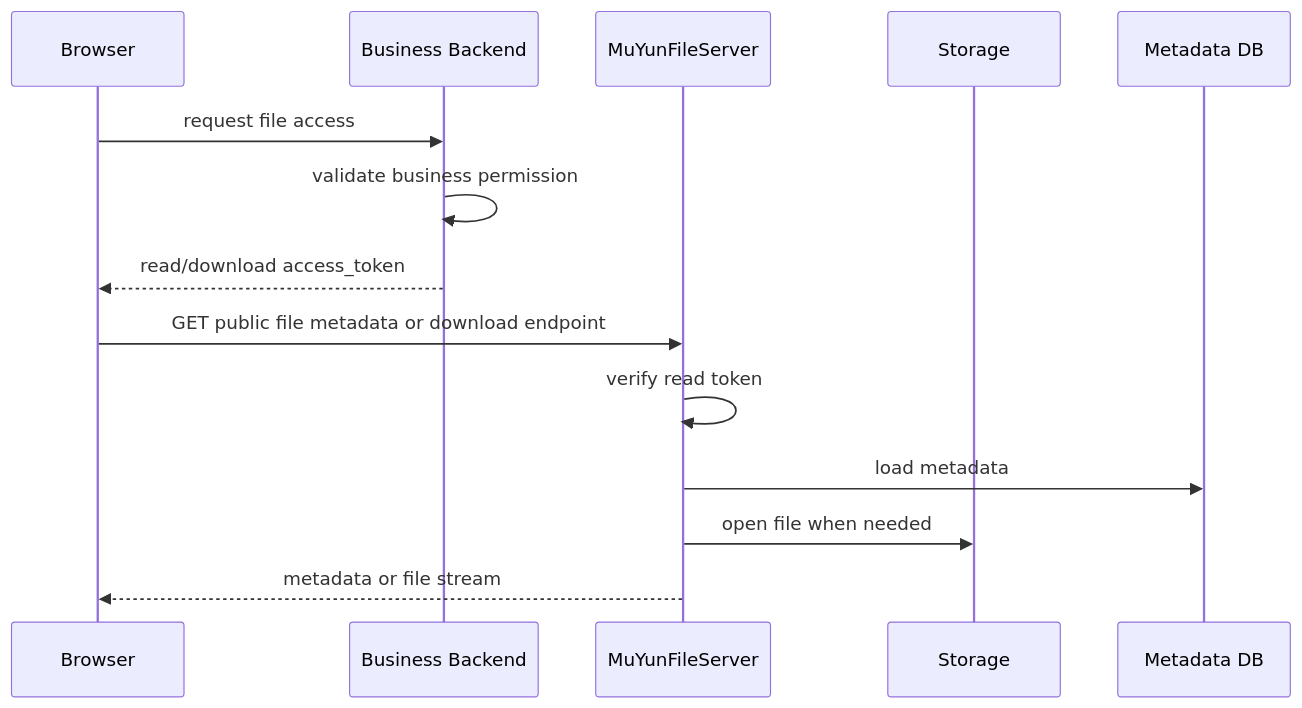
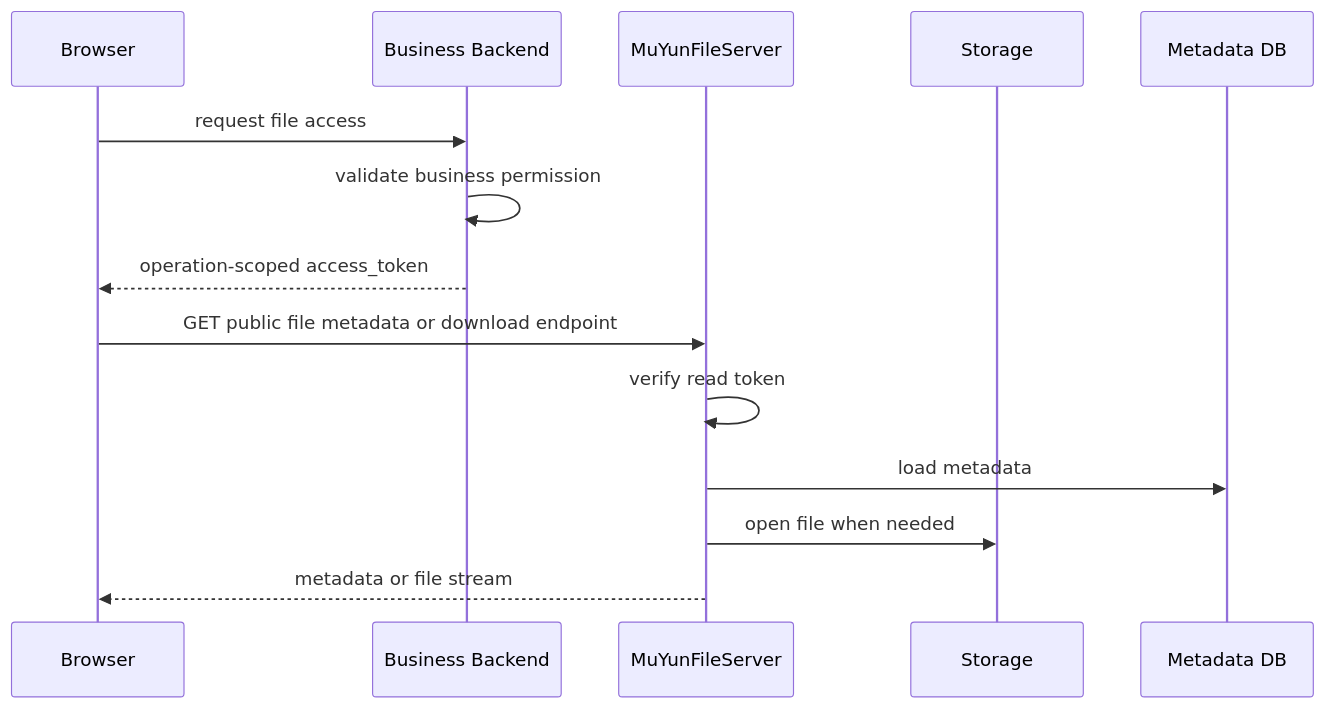
The fourth of 5 diagrams in docs/design/server-integration.md (ximatai/MuYunFileserver), drawn with Mermaid before and after one commit. The commit also changed other lines of this file and 11 other files, not shown here.

````diff
--- a/docs/design/server-integration.md
+++ b/docs/design/server-integration.md
@@ -168,17 +169,17 @@
 ```mermaid
 sequenceDiagram
     participant U as Browser
     participant B as Business Backend
     participant F as MuYunFileServer
     participant S as Storage
     participant D as Metadata DB
 
     U->>B: request file access
     B->>B: validate business permission
-    B-->>U: read/download access_token
+    B-->>U: operation-scoped access_token
     U->>F: GET public file metadata or download endpoint
     F->>F: verify read token
     F->>D: load metadata
     F->>S: open file when needed
     F-->>U: metadata or file stream
 ```
````
